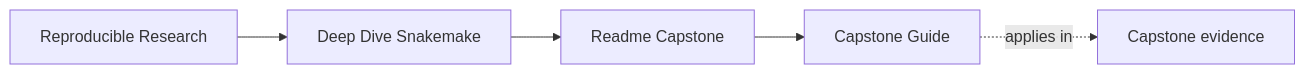
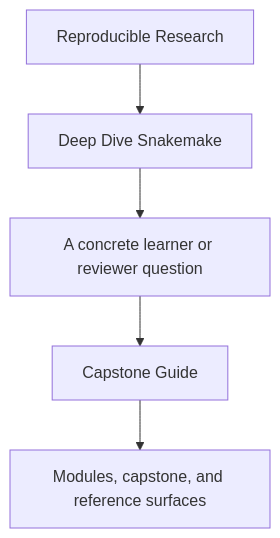
Before and after one commit to bijux/bijux-masterclass: the first of 2 diagrams in programs/reproducible-research/deep-dive-snakemake/course-book/guides/readme-capstone.md, drawn with Mermaid. The commit also changed other lines of this file and 29 other files, not shown here.

Commit message:
docs(deep-dive-snakemake): sharpen guide and reference diagrams

````diff
--- a/programs/reproducible-research/deep-dive-snakemake/course-book/guides/readme-capstone.md
+++ b/programs/reproducible-research/deep-dive-snakemake/course-book/guides/readme-capstone.md
@@ -7,11 +7,7 @@
 ```mermaid
-graph LR
-  family["Reproducible Research"]
-  program["Deep Dive Snakemake"]
-  section["Readme Capstone"]
-  page["Capstone Guide"]
-  capstone["Capstone evidence"]
-
-  family --> program --> section --> page
-  page -.applies in.-> capstone
+flowchart TD
+  family["Reproducible Research"] --> program["Deep Dive Snakemake"]
+  program --> pressure["A concrete learner or reviewer question"]
+  pressure --> guide["Capstone Guide"]
+  guide --> next["Modules, capstone, and reference surfaces"]
 ```
````
